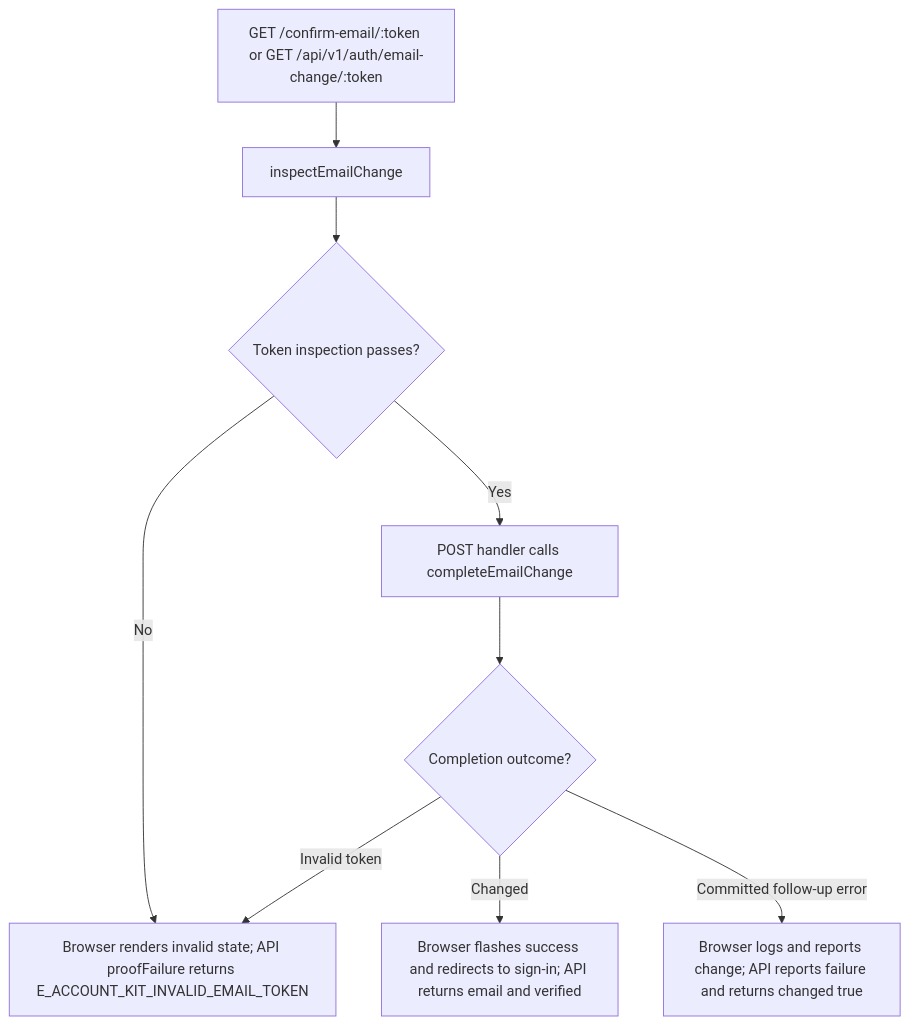
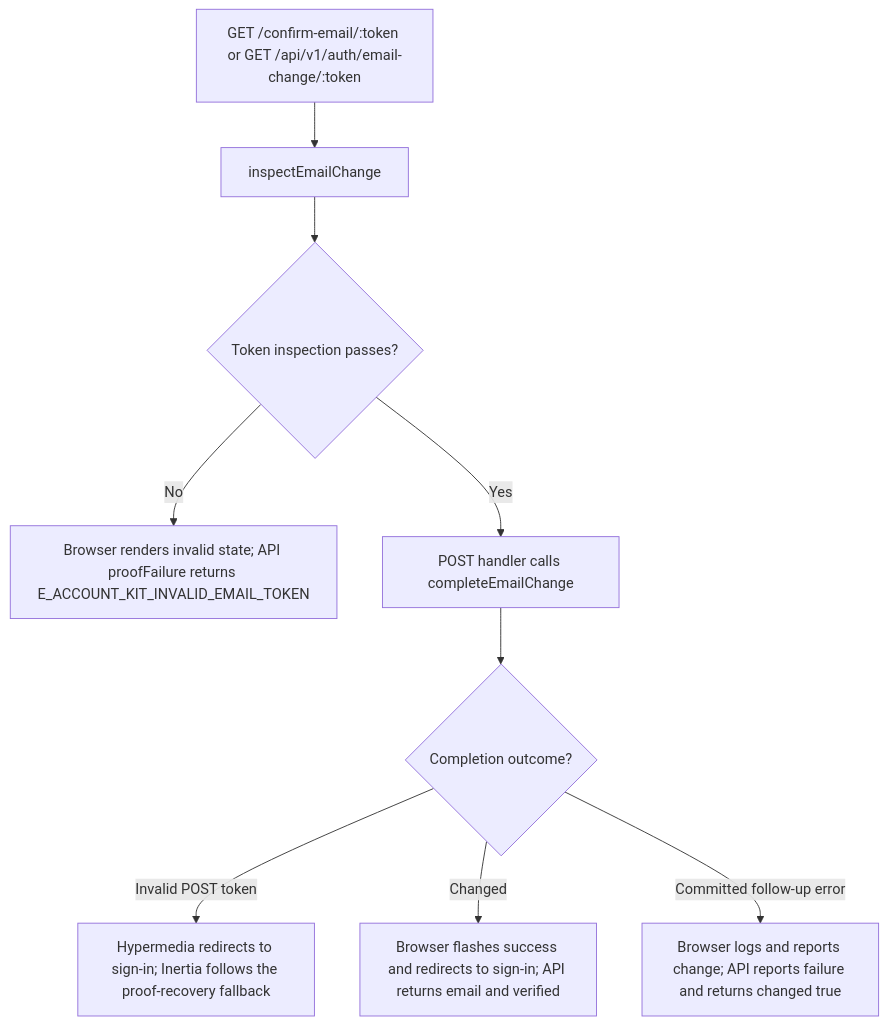
Before and after one commit to Kevinjohn/oss-adonisjs-starter-examples: the second of 2 diagrams in user-stories/accounts/us-account-07-confirm-email-change.md, drawn with Mermaid. The commit also changed other lines of this file and 29 other files, not shown here.

````diff
--- a/user-stories/accounts/us-account-07-confirm-email-change.md
+++ b/user-stories/accounts/us-account-07-confirm-email-change.md
@@ -37,11 +39,11 @@
 ```mermaid
 flowchart TD
     A["GET /confirm-email/:token or GET /api/v1/auth/email-change/:token"] --> B["inspectEmailChange"]
     B --> C{"Token inspection passes?"}
     C -->|No| D["Browser renders invalid state; API proofFailure returns E_ACCOUNT_KIT_INVALID_EMAIL_TOKEN"]
     C -->|Yes| E["POST handler calls completeEmailChange"]
     E --> F{"Completion outcome?"}
-    F -->|Invalid token| D
+    F -->|Invalid POST token| J["Hypermedia redirects to sign-in; Inertia follows the proof-recovery fallback"]
     F -->|Changed| G["Browser flashes success and redirects to sign-in; API returns email and verified"]
     F -->|Committed follow-up error| H["Browser logs and reports change; API reports failure and returns changed true"]
 ```
````
